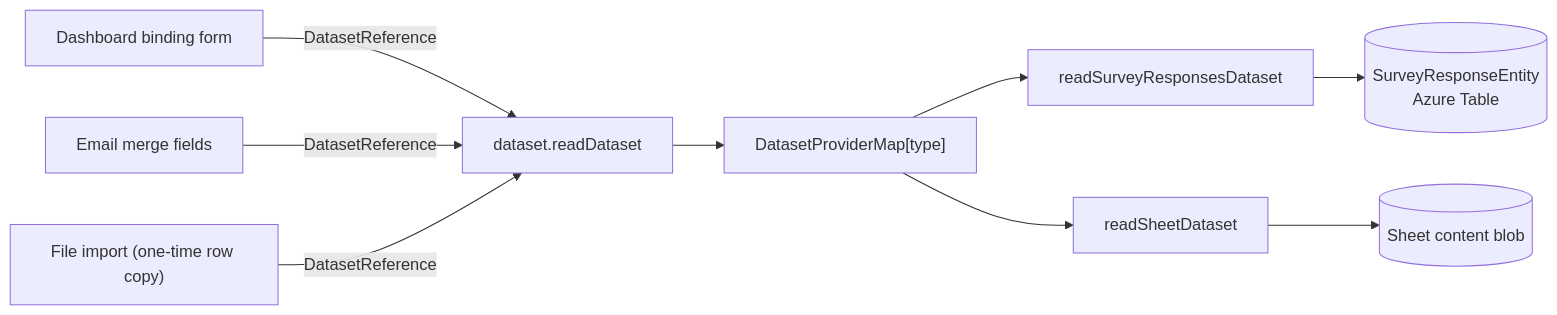
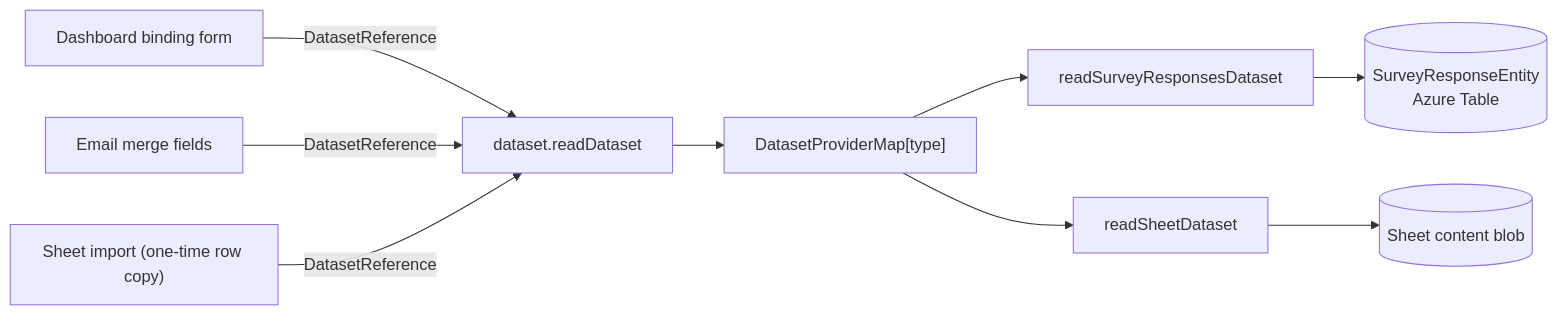
Before and after one commit to Esposter/Esposter: the diagram in packages/app/content/docs/architecture/datasets.md, drawn with Mermaid. The commit also changed 4 other files, not shown here.

````diff
--- a/packages/app/content/docs/architecture/datasets.md
+++ b/packages/app/content/docs/architecture/datasets.md
@@ -49,9 +49,9 @@
 ```mermaid
 flowchart LR
   DASH["Dashboard binding form"] -->|DatasetReference| RD["dataset.readDataset"]
   EMAIL["Email merge fields"] -->|DatasetReference| RD
-  IMPORT["File import (one-time row copy)"] -->|DatasetReference| RD
+  IMPORT["Sheet import (one-time row copy)"] -->|DatasetReference| RD
   RD --> MAP["DatasetProviderMap[type]"]
   MAP --> SR["readSurveyResponsesDataset"] --> AT[("SurveyResponseEntity<br/>Azure Table")]
   MAP --> FR["readSheetDataset"] --> BLOB[("Sheet content blob")]
 ```
````
